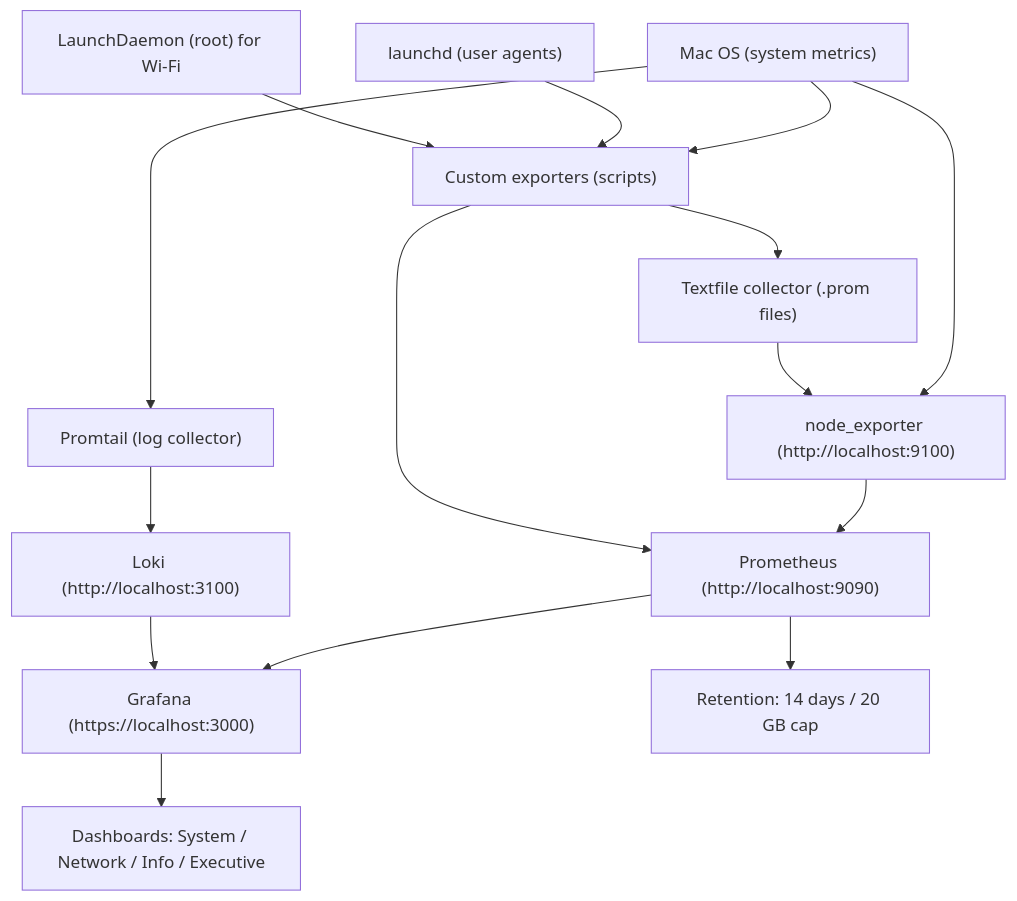
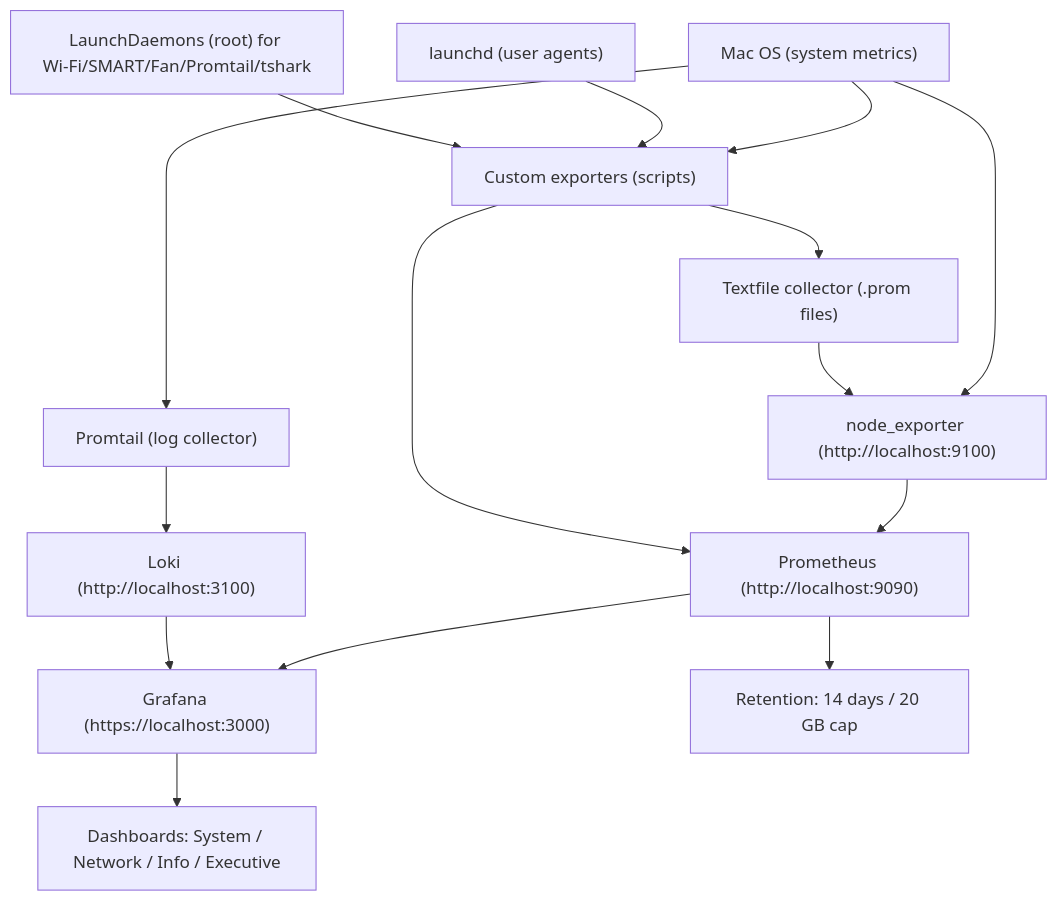
One commit to ANISHSAJIKUMAR/macOS-Observability changed the diagram in observability/README.md. Above: the diagram before and after it, drawn with Mermaid. The commit also changed other lines of this file and 2 other files, not shown here.

````diff
--- a/observability/README.md
+++ b/observability/README.md
@@ -44,17 +36,17 @@
 ```mermaid
 graph TD
   A["Mac OS (system metrics)"] --> B["node_exporter (http://localhost:9100)"]
   A --> C["Custom exporters (scripts)"]
   C --> D["Textfile collector (.prom files)"]
   D --> B
   B --> E["Prometheus (http://localhost:9090)"]
   C --> E
   E --> F["Grafana (https://localhost:3000)"]
   G["launchd (user agents)"] --> C
-  H["LaunchDaemon (root) for Wi‑Fi"] --> C
+  H["LaunchDaemons (root) for Wi‑Fi/SMART/Fan/Promtail/tshark"] --> C
   E --> I["Retention: 14 days / 20 GB cap"]
   F --> J["Dashboards: System / Network / Info / Executive"]
   A --> K["Promtail (log collector)"]
   K --> L["Loki (http://localhost:3100)"]
   L --> F
 ```
````
